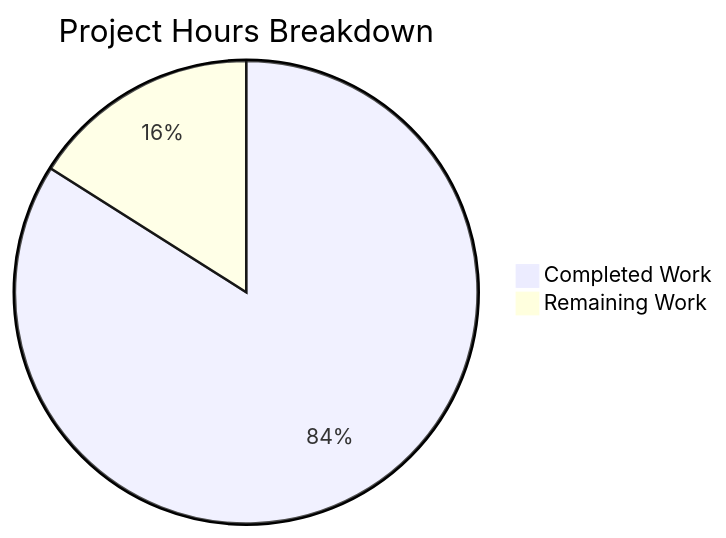
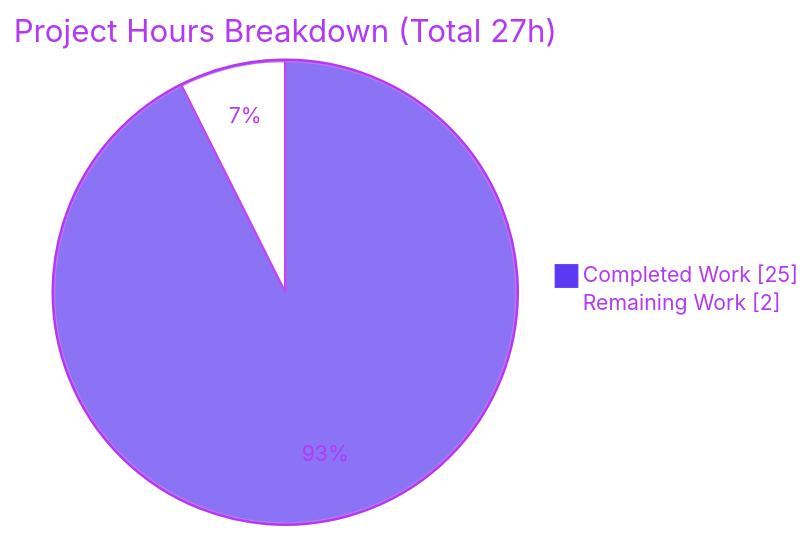
Before and after one commit to blitzy-public-samples/blitzy-dnsmasq: the second of 3 diagrams in blitzy/documentation/Project Guide.md, drawn with Mermaid. The commit also changed other lines of this file, not shown here.

Commit message:
Adding Blitzy Project Guide: Project Status and Human Tasks Remaining

````diff
--- a/blitzy/documentation/Project Guide.md
+++ b/blitzy/documentation/Project Guide.md
@@ -230,5 +191,6 @@
 ```mermaid
-pie title Project Hours Breakdown
-    "Completed Work" : 556
-    "Remaining Work" : 106
+%%{init: {"theme":"base","themeVariables":{"pie1":"#5B39F3","pie2":"#FFFFFF","pieStrokeColor":"#B23AF2","pieOuterStrokeColor":"#B23AF2","pieTitleTextColor":"#B23AF2","pieSectionTextColor":"#B23AF2","pieLegendTextColor":"#B23AF2"}}}%%
+pie showData title Project Hours Breakdown (Total 27h)
+    "Completed Work" : 25
+    "Remaining Work" : 2
 ```
````
